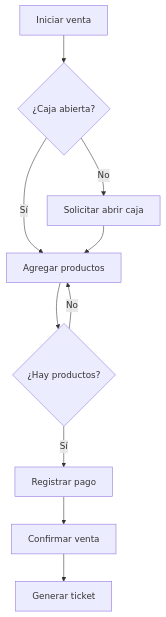
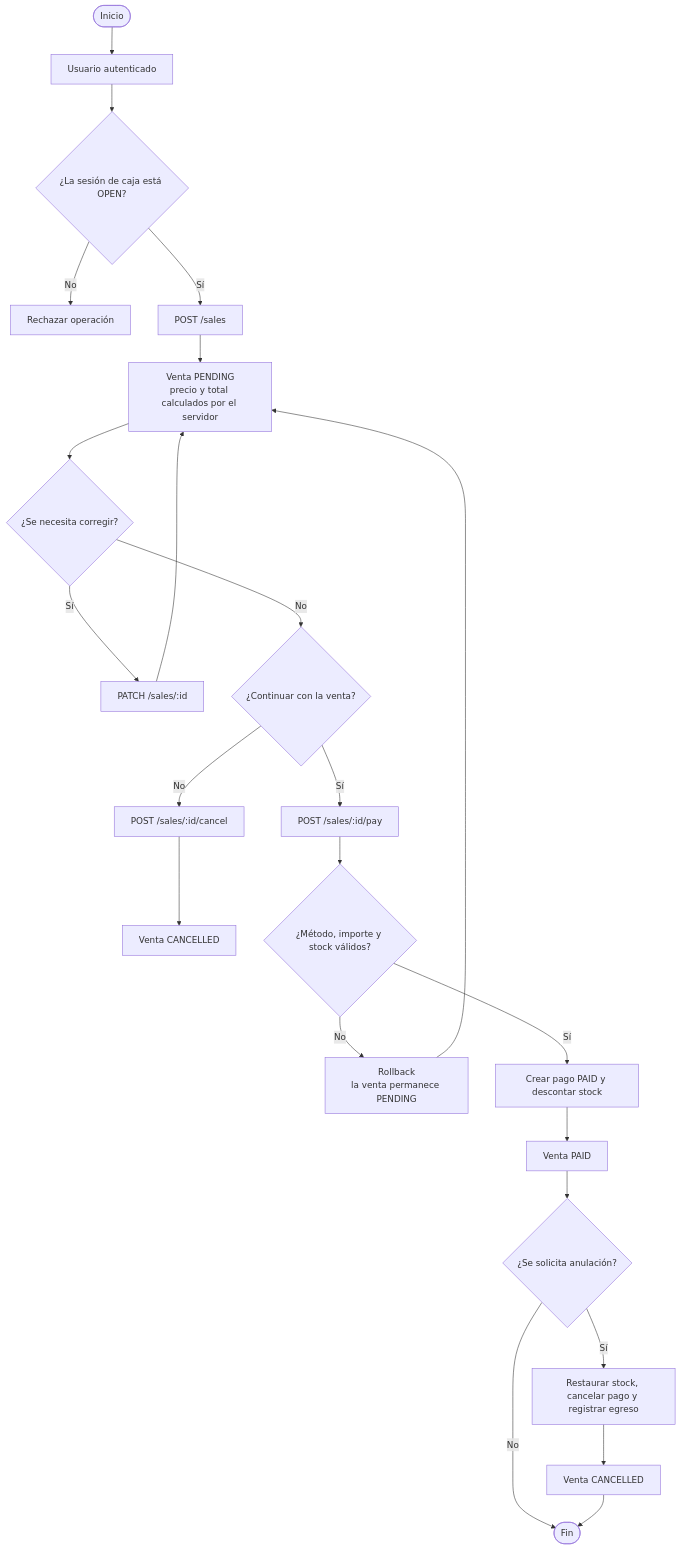
The second of 2 diagrams in docs/ventas/ventas.md (Cydonian10/TiendaApi), drawn with Mermaid before and after one commit. The commit also changed other lines of this file and 1 other file, not shown here.

````diff
--- a/docs/ventas/ventas.md
+++ b/docs/ventas/ventas.md
@@ -12,14 +72,28 @@
 ```mermaid
 flowchart TD
-    A[Iniciar venta] --> B{¿Caja abierta?}
-    B -- No --> C[Solicitar abrir caja]
-    B -- Sí --> D[Agregar productos]
-    C --> D
+    A([Inicio]) --> B[Usuario autenticado]
+    B --> C{¿La sesión de caja está OPEN?}
+    C -- No --> D[Rechazar operación]
+    C -- Sí --> E[POST /sales]
+    E --> F[Venta PENDING<br/>precio y total calculados por el servidor]
 
-    D --> E{¿Hay productos?}
-    E -- No --> D
-    E -- Sí --> F[Registrar pago]
+    F --> G{¿Se necesita corregir?}
+    G -- Sí --> H[PATCH /sales/:id]
+    H --> F
+    G -- No --> I{¿Continuar con la venta?}
 
-    F --> G[Confirmar venta]
-    G --> H[Generar ticket]
+    I -- No --> J[POST /sales/:id/cancel]
+    J --> K[Venta CANCELLED]
+    I -- Sí --> L[POST /sales/:id/pay]
+    L --> M{¿Método, importe y stock válidos?}
+    M -- No --> N[Rollback<br/>la venta permanece PENDING]
+    N --> F
+    M -- Sí --> O[Crear pago PAID y descontar stock]
+    O --> P[Venta PAID]
+
+    P --> Q{¿Se solicita anulación?}
+    Q -- No --> R([Fin])
+    Q -- Sí --> S[Restaurar stock, cancelar pago y registrar egreso]
+    S --> T[Venta CANCELLED]
+    T --> R
 ```
````
